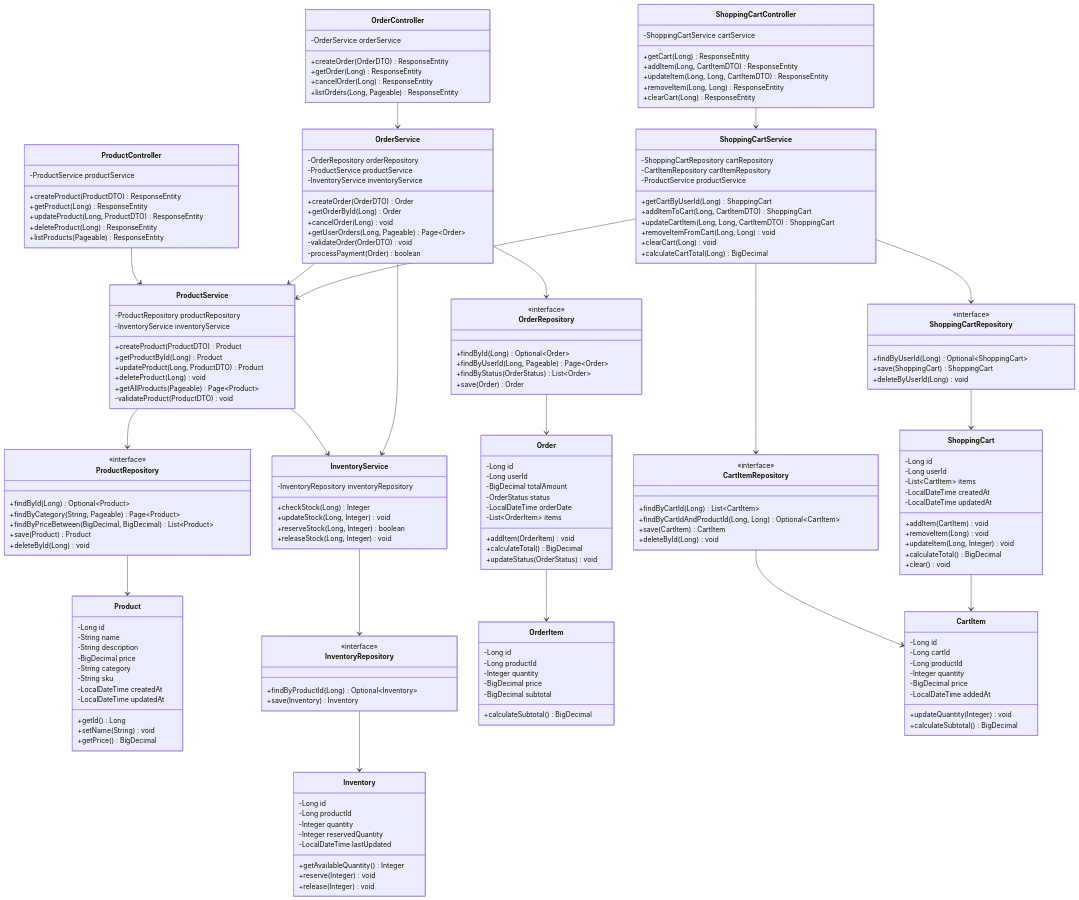
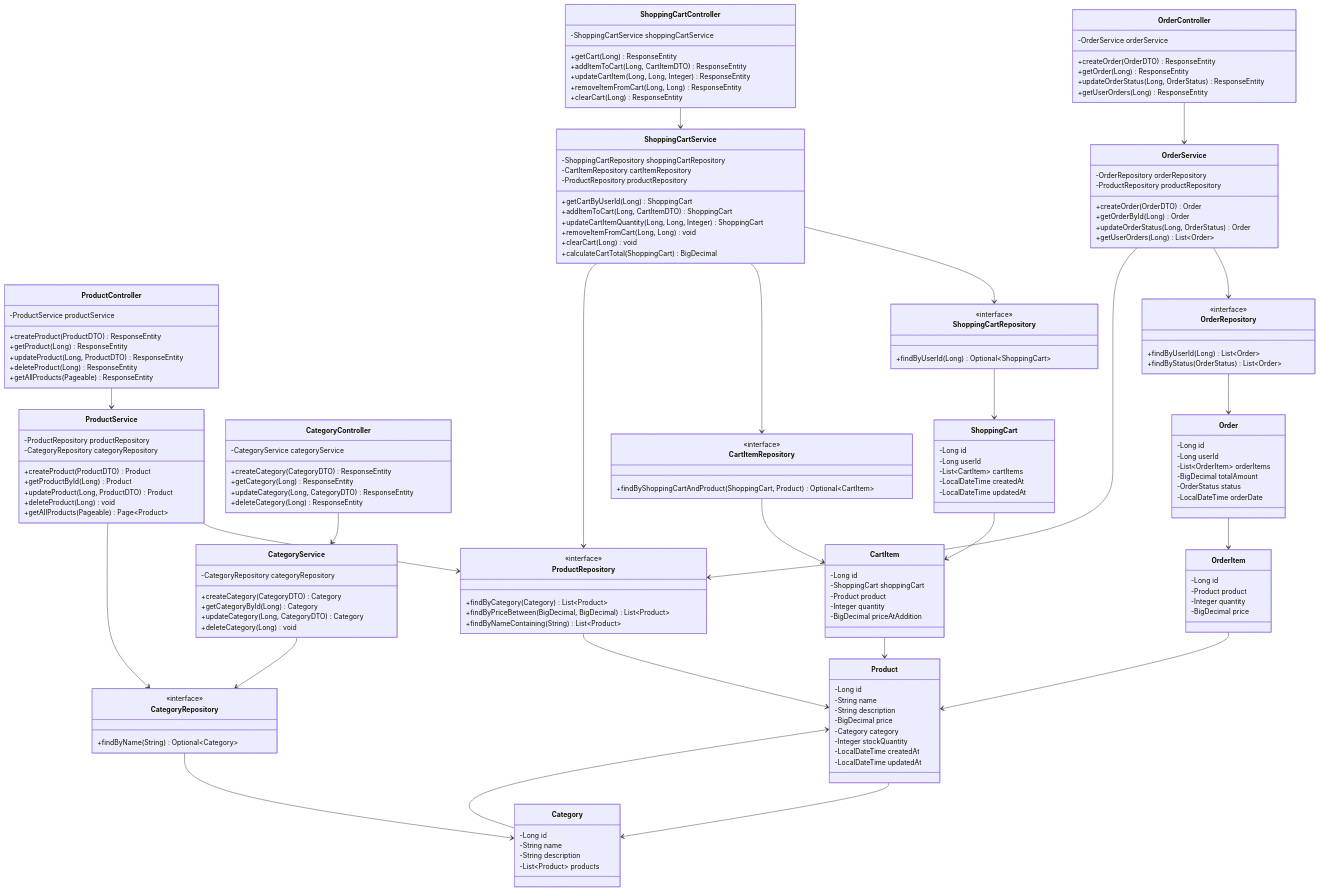
One commit to NavneetBN47/aava-ecom-demo changed the first of 13 diagrams in docs/LLD/modified_lld.md. Above: the diagram before and after it, drawn with Mermaid. The commit also changed other lines of this file, not shown here.

````diff
--- a/docs/LLD/modified_lld.md
+++ b/docs/LLD/modified_lld.md
@@ -45,27 +37,24 @@
         +getProduct(Long) ResponseEntity
         +updateProduct(Long, ProductDTO) ResponseEntity
         +deleteProduct(Long) ResponseEntity
-        +listProducts(Pageable) ResponseEntity
+        +getAllProducts(Pageable) ResponseEntity
     }
 
     class ProductService {
         -ProductRepository productRepository
-        -InventoryService inventoryService
+        -CategoryRepository categoryRepository
         +createProduct(ProductDTO) Product
         +getProductById(Long) Product
         +updateProduct(Long, ProductDTO) Product
         +deleteProduct(Long) void
         +getAllProducts(Pageable) Page~Product~
-        -validateProduct(ProductDTO) void
     }
 
     class ProductRepository {
         <<interface>>
-        +findById(Long) Optional~Product~
-        +findByCategory(String, Pageable) Page~Product~
+        +findByCategory(Category) List~Product~
         +findByPriceBetween(BigDecimal, BigDecimal) List~Product~
-        +save(Product) Product
-        +deleteById(Long) void
+        +findByNameContaining(String) List~Product~
     }
 
     class Product {
@@ -73,166 +62,150 @@
         -String name
         -String description
         -BigDecimal price
-        -String category
-        -String sku
+        -Category category
+        -Integer stockQuantity
         -LocalDateTime createdAt
         -LocalDateTime updatedAt
-        +getId() Long
-        +setName(String) void
-        +getPrice() BigDecimal
     }
 
-    class InventoryService {
-        -InventoryRepository inventoryRepository
-        +checkStock(Long) Integer
-        +updateStock(Long, Integer) void
-        +reserveStock(Long, Integer) boolean
-        +releaseStock(Long, Integer) void
+    class CategoryController {
+        -CategoryService categoryService
+        +createCategory(CategoryDTO) ResponseEntity
+        +getCategory(Long) ResponseEntity
+        +updateCategory(Long, CategoryDTO) ResponseEntity
+        +deleteCategory(Long) ResponseEntity
     }
 
-    class InventoryRepository {
-        <<interface>>
-        +findByProductId(Long) Optional~Inventory~
-        +save(Inventory) Inventory
+    class CategoryService {
+        -CategoryRepository categoryRepository
+        +createCategory(CategoryDTO) Category
+        +getCategoryById(Long) Category
+        +updateCategory(Long, CategoryDTO) Category
+        +deleteCategory(Long) void
     }
 
-    class Inventory {
+    class CategoryRepository {
+        <<interface>>
+        +findByName(String) Optional~Category~
+    }
+
+    class Category {
         -Long id
-        -Long productId
-        -Integer quantity
-        -Integer reservedQuantity
-        -LocalDateTime lastUpdated
-        +getAvailableQuantity() Integer
-        +reserve(Integer) void
-        +release(Integer) void
+        -String name
+        -String description
+        -List~Product~ products
     }
 
     class OrderController {
         -OrderService orderService
         +createOrder(OrderDTO) ResponseEntity
         +getOrder(Long) ResponseEntity
-        +cancelOrder(Long) ResponseEntity
-        +listOrders(Long, Pageable) ResponseEntity
+        +updateOrderStatus(Long, OrderStatus) ResponseEntity
+        +getUserOrders(Long) ResponseEntity
     }
 
     class OrderService {
         -OrderRepository orderRepository
-        -ProductService productService
-        -InventoryService inventoryService
+        -ProductRepository productRepository
         +createOrder(OrderDTO) Order
         +getOrderById(Long) Order
-        +cancelOrder(Long) void
-        +getUserOrders(Long, Pageable) Page~Order~
-        -validateOrder(OrderDTO) void
-        -processPayment(Order) boolean
+        +updateOrderStatus(Long, OrderStatus) Order
+        +getUserOrders(Long) List~Order~
     }
 
     class OrderRepository {
         <<interface>>
-        +findById(Long) Optional~Order~
-        +findByUserId(Long, Pageable) Page~Order~
+        +findByUserId(Long) List~Order~
         +findByStatus(OrderStatus) List~Order~
-        +save(Order) Order
     }
 
     class Order {
         -Long id
         -Long userId
+        -List~OrderItem~ orderItems
         -BigDecimal totalAmount
         -OrderStatus status
         -LocalDateTime orderDate
-        -List~OrderItem~ items
-        +addItem(OrderItem) void
-        +calculateTotal() BigDecimal
-        +updateStatus(OrderStatus) void
     }
 
     class OrderItem {
         -Long id
-        -Long productId
+        -Product product
         -Integer quantity
         -BigDecimal price
-        -BigDecimal subtotal
-        +calculateSubtotal() BigDecimal
     }
 
     class ShoppingCartController {
-        -ShoppingCartService cartService
+        -ShoppingCartService shoppingCartService
         +getCart(Long) ResponseEntity
-        +addItem(Long, CartItemDTO) ResponseEntity
-        +updateItem(Long, Long, CartItemDTO) ResponseEntity
-        +removeItem(Long, Long) ResponseEntity
+        +addItemToCart(Long, CartItemDTO) ResponseEntity
+        +updateCartItem(Long, Long, Integer) ResponseEntity
+        +removeItemFromCart(Long, Long) ResponseEntity
         +clearCart(Long) ResponseEntity
     }
 
     class ShoppingCartService {
-        -ShoppingCartRepository cartRepository
+        -ShoppingCartRepository shoppingCartRepository
         -CartItemRepository cartItemRepository
-        -ProductService productService
+        -ProductRepository productRepository
         +getCartByUserId(Long) ShoppingCart
         +addItemToCart(Long, CartItemDTO) ShoppingCart
-        +updateCartItem(Long, Long, CartItemDTO) ShoppingCart
+        +updateCartItemQuantity(Long, Long, Integer) ShoppingCart
         +removeItemFromCart(Long, Long) void
         +clearCart(Long) void
-        +calculateCartTotal(Long) BigDecimal
+        +calculateCartTotal(ShoppingCart) BigDecimal
     }
 
     class ShoppingCartRepository {
         <<interface>>
         +findByUserId(Long) Optional~ShoppingCart~
-        +save(ShoppingCart) ShoppingCart
-        +deleteByUserId(Long) void
     }
 
     class CartItemRepository {
         <<interface>>
-        +findByCartId(Long) List~CartItem~
-        +findByCartIdAndProductId(Long, Long) Optional~CartItem~
-        +save(CartItem) CartItem
-        +deleteById(Long) void
+        +findByShoppingCartAndProduct(ShoppingCart, Product) Optional~CartItem~
     }
 
     class ShoppingCart {
         -Long id
         -Long userId
-        -List~CartItem~ items
+        -List~CartItem~ cartItems
         -LocalDateTime createdAt
         -LocalDateTime updatedAt
-        +addItem(CartItem) void
-        +removeItem(Long) void
-        +updateItem(Long, Integer) void
-        +calculateTotal() BigDecimal
-        +clear() void
     }
 
     class CartItem {
         -Long id
-        -Long cartId
-        -Long productId
+        -ShoppingCart shoppingCart
+        -Product product
         -Integer quantity
-        -BigDecimal price
-        -LocalDateTime addedAt
-        +updateQuantity(Integer) void
-        +calculateSubtotal() BigDecimal
+        -BigDecimal priceAtAddition
     }
 
     ProductController --> ProductService
     ProductService --> ProductRepository
-    ProductService --> InventoryService
+    ProductService --> CategoryRepository
     ProductRepository --> Product
-    InventoryService --> InventoryRepository
-    InventoryRepository --> Inventory
+    Product --> Category
+    
+    CategoryController --> CategoryService
+    CategoryService --> CategoryRepository
+    CategoryRepository --> Category
+    Category --> Product
+    
     OrderController --> OrderService
     OrderService --> OrderRepository
-    OrderService --> ProductService
-    OrderService --> InventoryService
+    OrderService --> ProductRepository
     OrderRepository --> Order
     Order --> OrderItem
+    OrderItem --> Product
+    
     ShoppingCartController --> ShoppingCartService
     ShoppingCartService --> ShoppingCartRepository
     ShoppingCartService --> CartItemRepository
-    ShoppingCartService --> ProductService
+    ShoppingCartService --> ProductRepository
     ShoppingCartRepository --> ShoppingCart
     CartItemRepository --> CartItem
     ShoppingCart --> CartItem
+    CartItem --> Product
 ```
````
